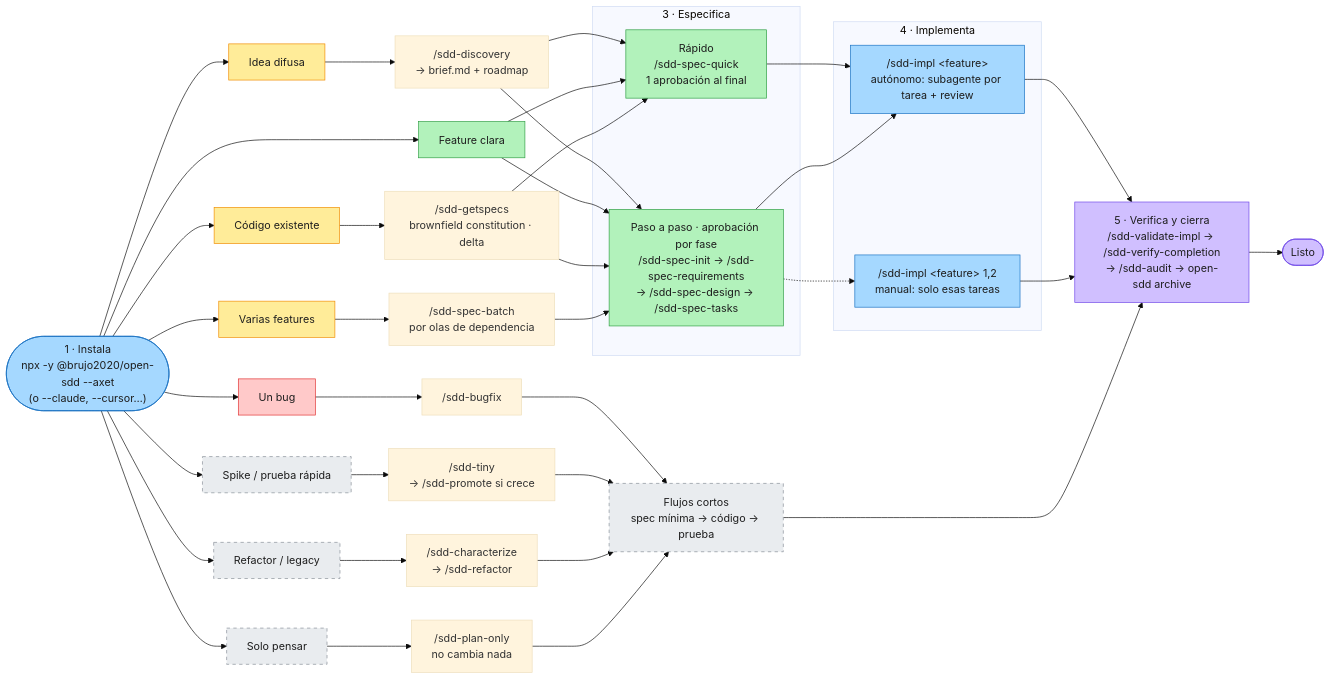
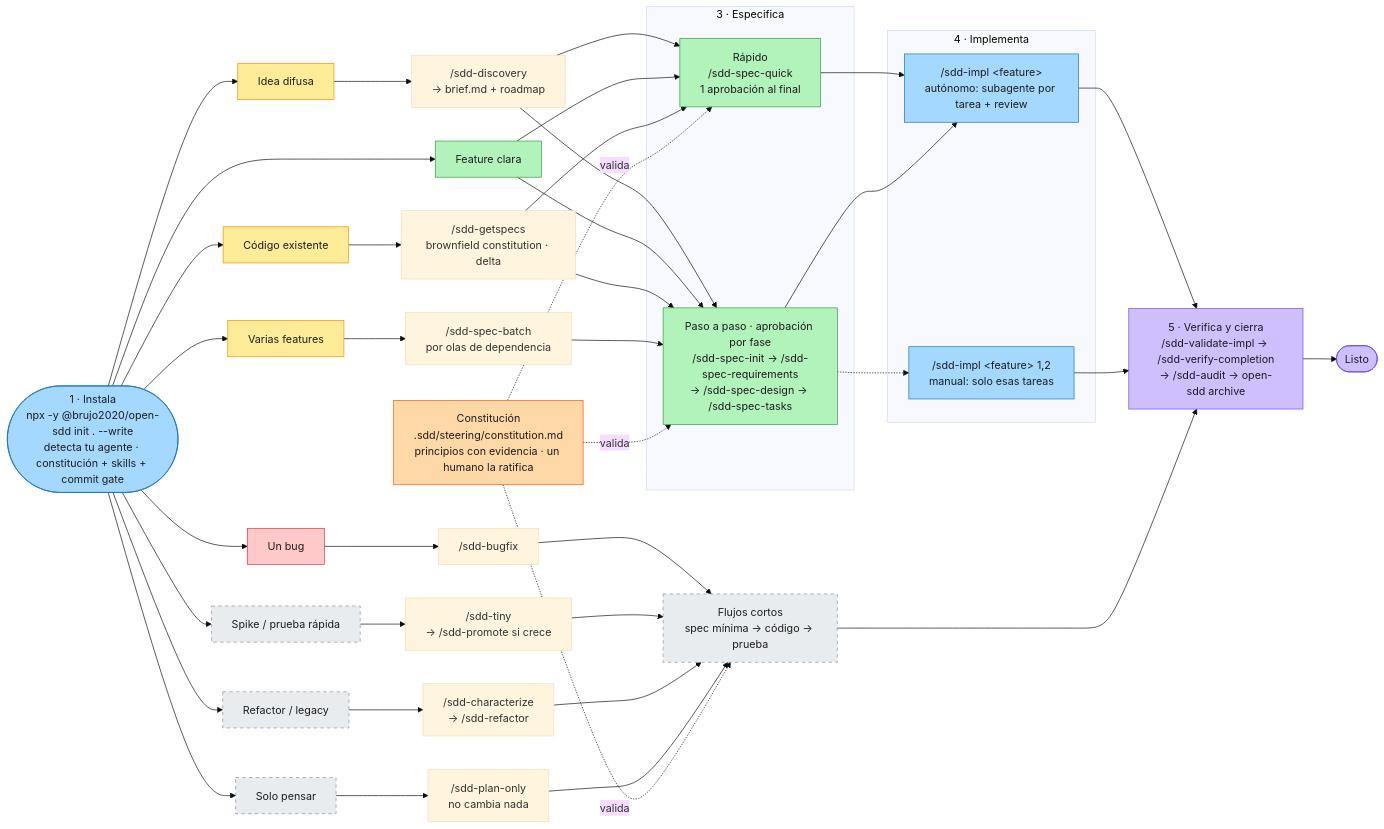
One commit to Brujo2020/open-sdd changed the diagram in docs/diagrams/open-sdd-flows.mmd. Above: the diagram before and after it, drawn with Mermaid (base theme). The commit also changed 17 other files, not shown here.

First line of the commit message:
docs: every flow, the constitution and the source paper; private host kept discreet

```diff
--- a/docs/diagrams/open-sdd-flows.mmd
+++ b/docs/diagrams/open-sdd-flows.mmd
@@ -1,48 +1,53 @@
 flowchart LR
-  I(["1 · Instala<br/>npx -y @brujo2020/open-sdd --axet<br/>(o --claude, --cursor…)"])
+  I(["1 · Instala<br/>npx -y @brujo2020/open-sdd init . --write<br/>detecta tu agente · constitución + skills + commit gate"])
 
   I --> A1["Idea difusa"] --> C1["/sdd-discovery<br/>→ brief.md + roadmap"]
   I --> A2["Feature clara"]
   I --> A3["Código existente"] --> C3["/sdd-getspecs<br/>brownfield constitution · delta"]
   I --> A4["Varias features"] --> C4["/sdd-spec-batch<br/>por olas de dependencia"]
   I --> A5["Un bug"] --> C5["/sdd-bugfix"]
   I --> A6["Spike / prueba rápida"] --> C6["/sdd-tiny<br/>→ /sdd-promote si crece"]
   I --> A7["Refactor / legacy"] --> C7["/sdd-characterize<br/>→ /sdd-refactor"]
   I --> A8["Solo pensar"] --> C8["/sdd-plan-only<br/>no cambia nada"]
 
   subgraph SPEC["3 · Especifica"]
     Q1["Rápido<br/>/sdd-spec-quick<br/>1 aprobación al final"]
     Q2["Paso a paso · aprobación por fase<br/>/sdd-spec-init → /sdd-spec-requirements<br/>→ /sdd-spec-design → /sdd-spec-tasks"]
   end
   C1 & A2 & C3 --> Q1 & Q2
   C4 --> Q2
 
   SHORT["Flujos cortos<br/>spec mínima → código → prueba"]
   C5 & C6 & C7 & C8 --> SHORT
 
   subgraph IMPL["4 · Implementa"]
     M1["/sdd-impl &lt;feature&gt;<br/>autónomo: subagente por tarea + review"]
     M2["/sdd-impl &lt;feature&gt; 1,2<br/>manual: solo esas tareas"]
   end
   Q1 --> M1
   Q2 --> M1
   Q2 -.-> M2
 
   V["5 · Verifica y cierra<br/>/sdd-validate-impl → /sdd-verify-completion<br/>→ /sdd-audit → open-sdd archive"]
   M1 & M2 & SHORT --> V --> DONE(["Listo"])
 
+  CONST["Constitución<br/>.sdd/steering/constitution.md<br/>principios con evidencia · un humano la ratifica"]
+  CONST -. valida .-> Q1 & Q2 & SHORT
+
   classDef start fill:#a5d8ff,stroke:#1971c2,color:#1e1e1e
   classDef idea fill:#ffec99,stroke:#f08c00,color:#1e1e1e
   classDef spec fill:#b2f2bb,stroke:#2f9e44,color:#1e1e1e
   classDef impl fill:#a5d8ff,stroke:#1971c2,color:#1e1e1e
   classDef verify fill:#d0bfff,stroke:#7048e8,color:#1e1e1e
   classDef short fill:#e9ecef,stroke:#868e96,color:#1e1e1e,stroke-dasharray:5 5
   classDef bug fill:#ffc9c9,stroke:#e03131,color:#1e1e1e
   class I start
   class A1,A4 idea
   class A2,Q1,Q2 spec
   class A3 idea
   class A5 bug
   class M1,M2 impl
   class V,DONE verify
   class SHORT,A6,A7,A8 short
+  classDef const fill:#ffd8a8,stroke:#e8590c,color:#1e1e1e
+  class CONST const
```
